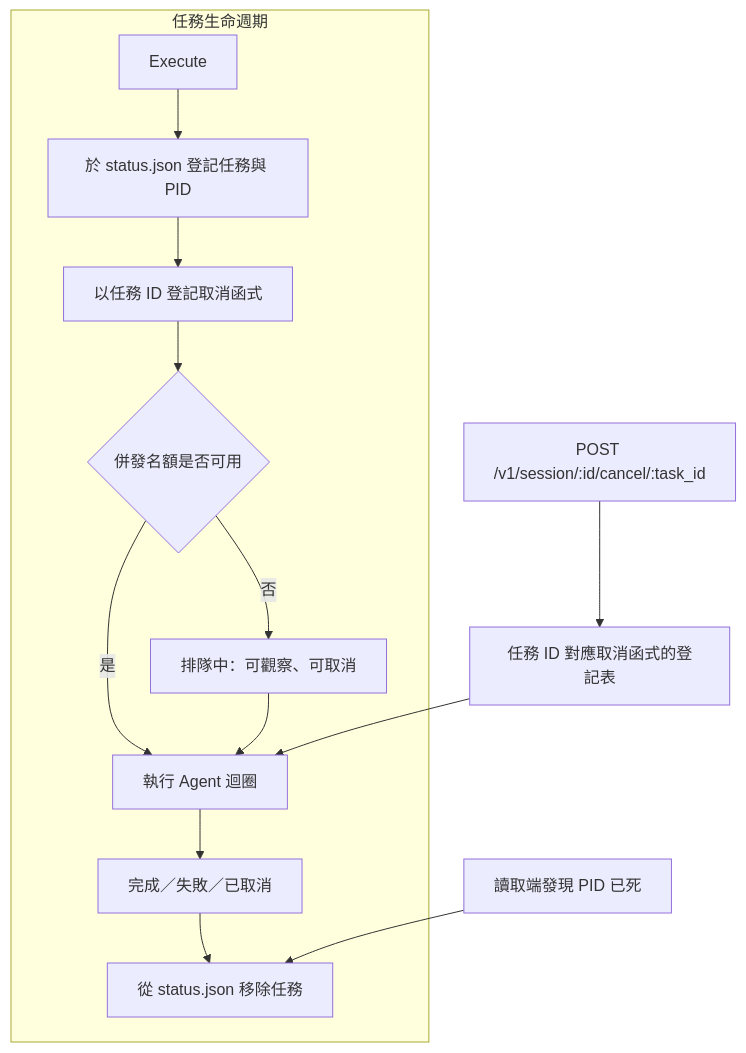
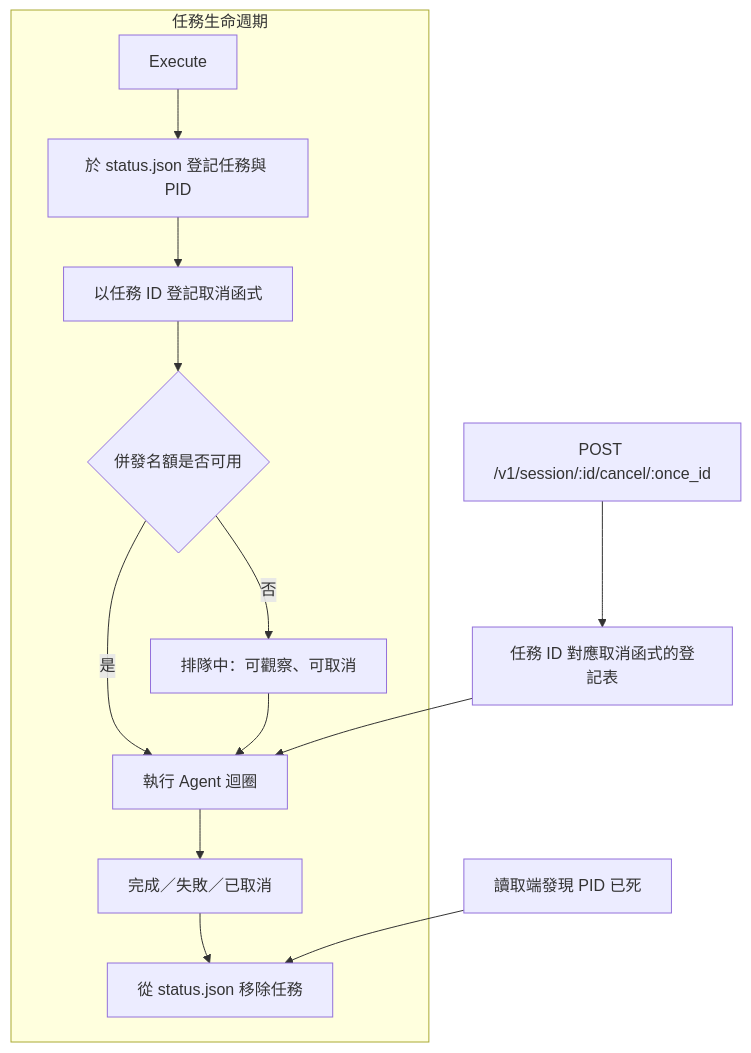
The eighth of 12 diagrams in doc/architecture.zh.md (agenvoy/Agenvoy), drawn with Mermaid before and after one commit. The commit also changed other lines of this file and 8 other files, not shown here.

````diff
--- a/doc/architecture.zh.md
+++ b/doc/architecture.zh.md
@@ -174,16 +173,16 @@
 ```mermaid
 graph TB
     subgraph Lifecycle[任務生命週期]
         Start[Execute] --> Register[於 status.json 登記任務與 PID]
         Register --> CancelReg[以任務 ID 登記取消函式]
         CancelReg --> Gate{併發名額是否可用}
         Gate -->|是| Run[執行 Agent 迴圈]
         Gate -->|否| Queue[排隊中：可觀察、可取消]
         Queue --> Run
         Run --> Terminal[完成／失敗／已取消]
         Terminal --> Clear[從 status.json 移除任務]
     end
-    CancelAPI[POST /v1/session/:id/cancel/:task_id] --> Registry[任務 ID 對應取消函式的登記表]
+    CancelAPI[POST /v1/session/:id/cancel/:once_id] --> Registry[任務 ID 對應取消函式的登記表]
     Registry --> Run
     StaleCheck[讀取端發現 PID 已死] --> Clear
 ```
````
